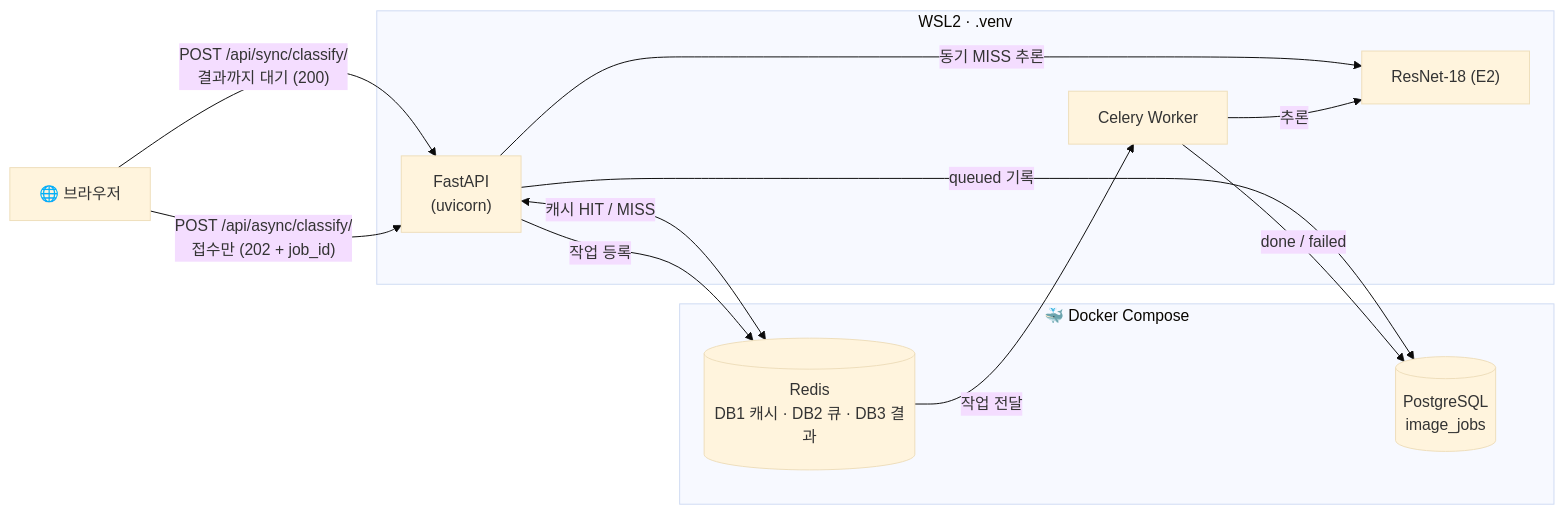
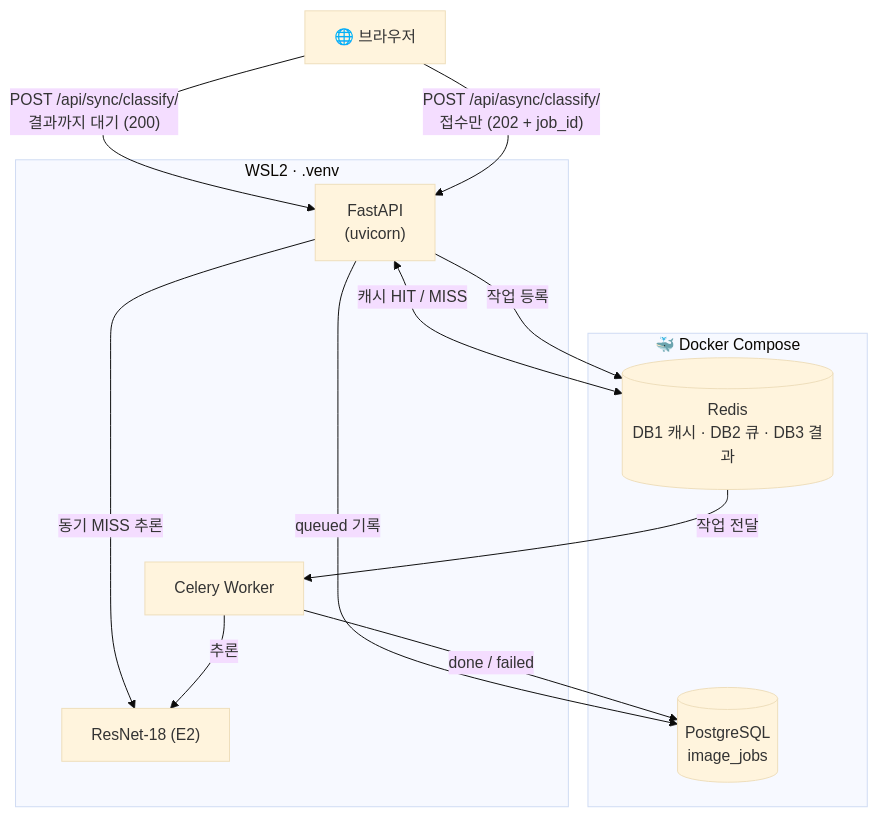
The second of 2 diagrams in README.md (wlgptjd333/kh-subject9-eval-beans), drawn with Mermaid (base theme) before and after one commit.

Commit message:
docs: README 서비스 구조도를 위→아래 배치로 바꿔 글씨 크기 확보

````diff
--- a/README.md
+++ b/README.md
@@ -55,21 +55,21 @@
 ```mermaid
-flowchart LR
+flowchart TB
     B["🌐 브라우저"] -->|"POST /api/sync/classify/<br/>결과까지 대기 (200)"| F
     B -->|"POST /api/async/classify/<br/>접수만 (202 + job_id)"| F
     subgraph HOST["WSL2 · .venv"]
       F["FastAPI<br/>(uvicorn)"]
       W["Celery Worker"]
       M["ResNet-18 (E2)"]
     end
     subgraph D["🐳 Docker Compose"]
       R[("Redis<br/>DB1 캐시 · DB2 큐 · DB3 결과")]
       P[("PostgreSQL<br/>image_jobs")]
     end
     F <-->|캐시 HIT / MISS| R
     F -->|동기 MISS 추론| M
     F -->|queued 기록| P
     F -->|작업 등록| R
     R -->|작업 전달| W
     W -->|추론| M
     W -->|done / failed| P
 ```
````
